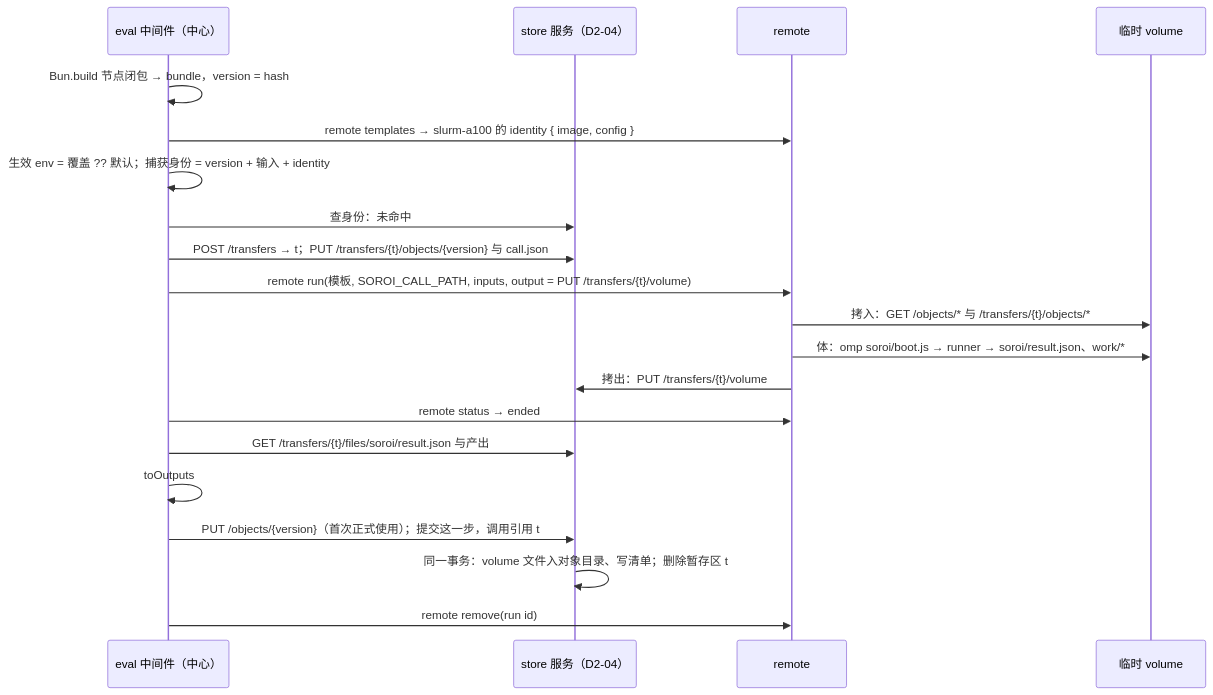
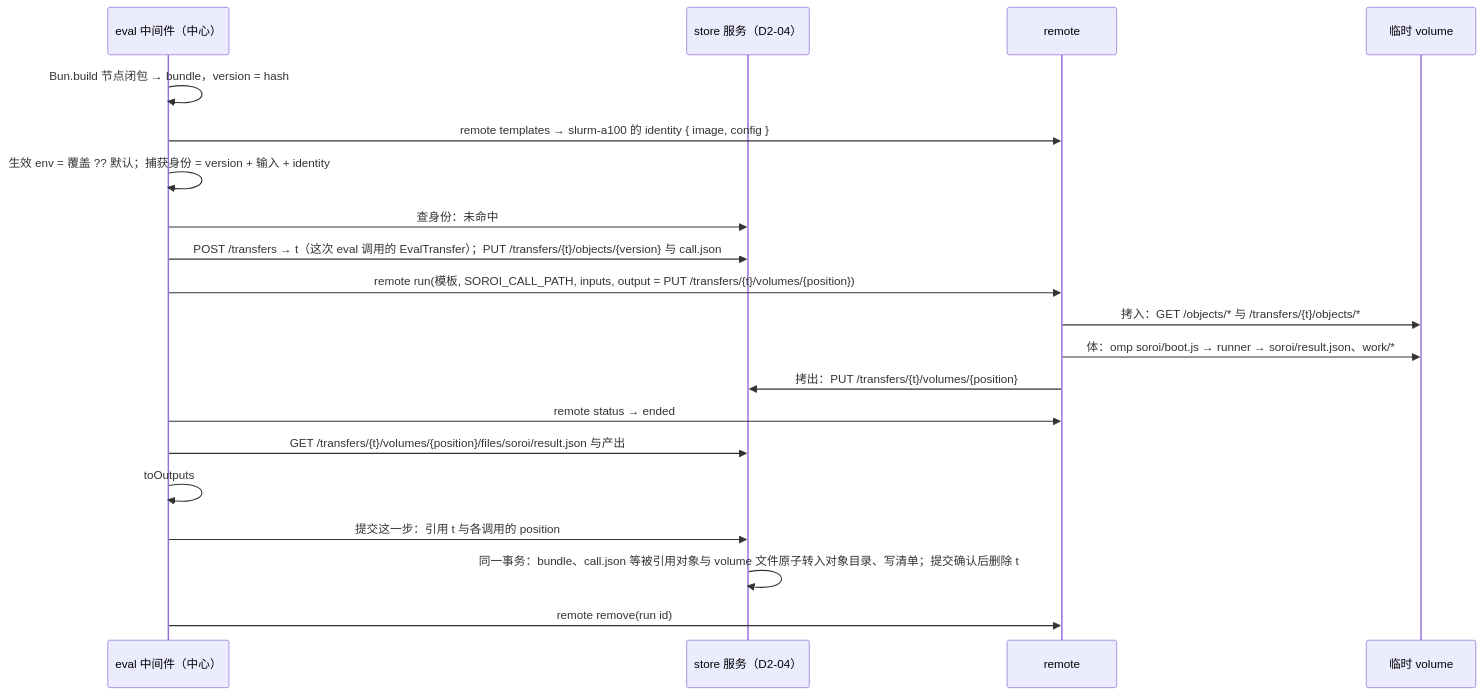
The first of 2 diagrams in evidence/decisions/D4-remote-exec.md (Pepgent/PM), drawn with Mermaid before and after one commit. The commit also changed other lines of this file and 12 other files, not shown here.

````diff
--- a/evidence/decisions/D4-remote-exec.md
+++ b/evidence/decisions/D4-remote-exec.md
@@ -234,22 +249,22 @@
 ```mermaid
 sequenceDiagram
     participant E as eval 中间件（中心）
     participant S as store 服务（D2-04）
     participant R as remote
     participant V as 临时 volume
     E->>E: Bun.build 节点闭包 → bundle，version = hash
     E->>R: remote templates → slurm-a100 的 identity { image, config }
     E->>E: 生效 env = 覆盖 ?? 默认；捕获身份 = version + 输入 + identity
     E->>S: 查身份：未命中
-    E->>S: POST /transfers → t；PUT /transfers/{t}/objects/{version} 与 call.json
-    E->>R: remote run(模板, SOROI_CALL_PATH, inputs, output = PUT /transfers/{t}/volume)
+    E->>S: POST /transfers → t（这次 eval 调用的 EvalTransfer）；PUT /transfers/{t}/objects/{version} 与 call.json
+    E->>R: remote run(模板, SOROI_CALL_PATH, inputs, output = PUT /transfers/{t}/volumes/{position})
     R->>V: 拷入：GET /objects/* 与 /transfers/{t}/objects/*
     R->>V: 体：omp soroi/boot.js → runner → soroi/result.json、work/*
-    R->>S: 拷出：PUT /transfers/{t}/volume
+    R->>S: 拷出：PUT /transfers/{t}/volumes/{position}
     E->>R: remote status → ended
-    E->>S: GET /transfers/{t}/files/soroi/result.json 与产出
+    E->>S: GET /transfers/{t}/volumes/{position}/files/soroi/result.json 与产出
     E->>E: toOutputs
-    E->>S: PUT /objects/{version}（首次正式使用）；提交这一步，调用引用 t
-    S->>S: 同一事务：volume 文件入对象目录、写清单；删除暂存区 t
+    E->>S: 提交这一步：引用 t 与各调用的 position
+    S->>S: 同一事务：bundle、call.json 等被引用对象与 volume 文件原子转入对象目录、写清单；提交确认后删除 t
     E->>R: remote remove(run id)
 ```
````
